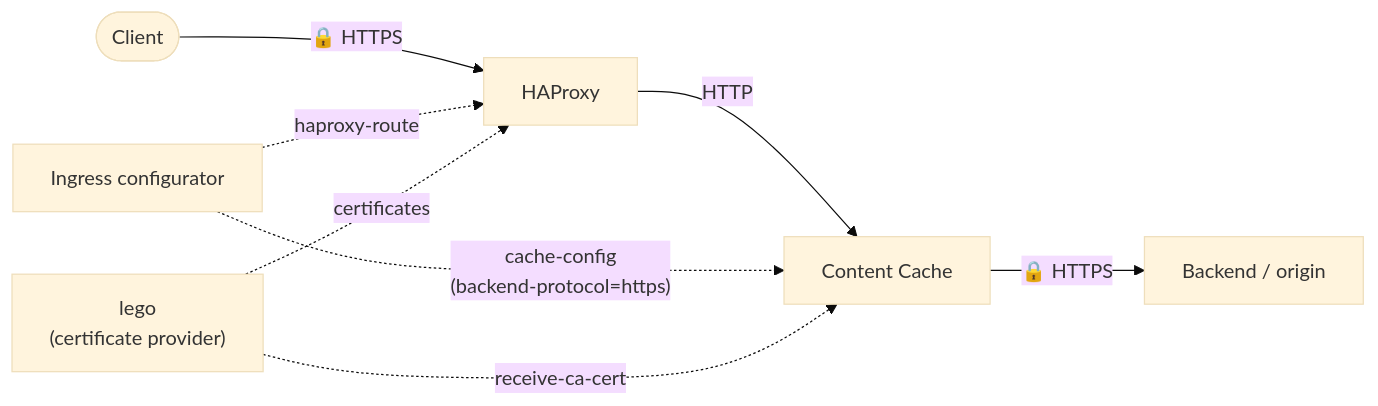
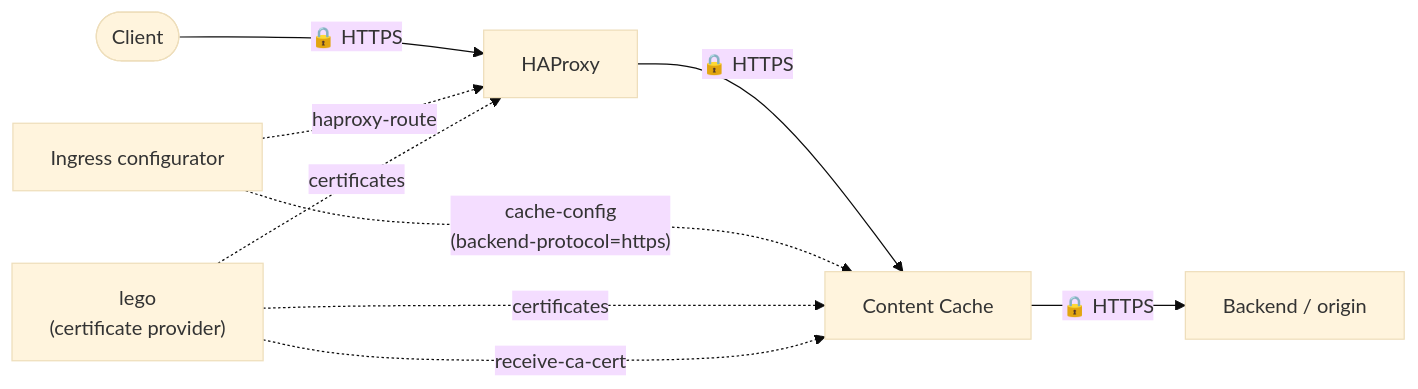
Before and after one commit to canonical/content-cache-operator: the fourth of 4 diagrams in docs/reference/deployment-architecture.md, drawn with Mermaid (base theme). The commit also changed other lines of this file, not shown here.

````diff
--- a/docs/reference/deployment-architecture.md
+++ b/docs/reference/deployment-architecture.md
@@ -119,10 +125,11 @@
 ```{mermaid}
 flowchart LR
     Client(["Client"]) -->|"🔒 HTTPS"| HAProxy["HAProxy"]
-    HAProxy -->|"HTTP"| CC["Content Cache"]
+    HAProxy -->|"🔒 HTTPS"| CC["Content Cache"]
     CC -->|"🔒 HTTPS"| Backend["Backend / origin"]
     IC["Ingress configurator"] -.->|"cache-config<br/>(backend-protocol=https)"| CC
     IC -.->|"haproxy-route"| HAProxy
     Lego["lego<br/>(certificate provider)"] -.->|"certificates"| HAProxy
+    Lego -.->|"certificates"| CC
     Lego -.->|"receive-ca-cert"| CC
 ```
````
